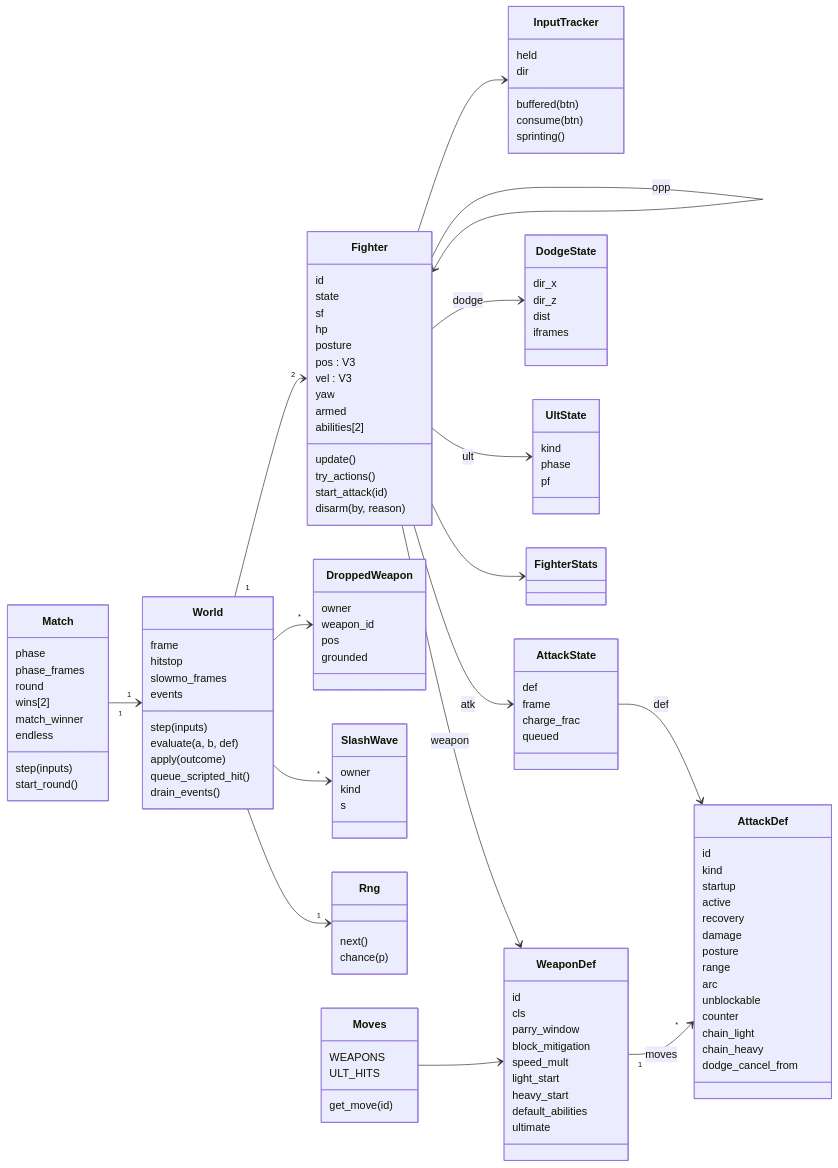
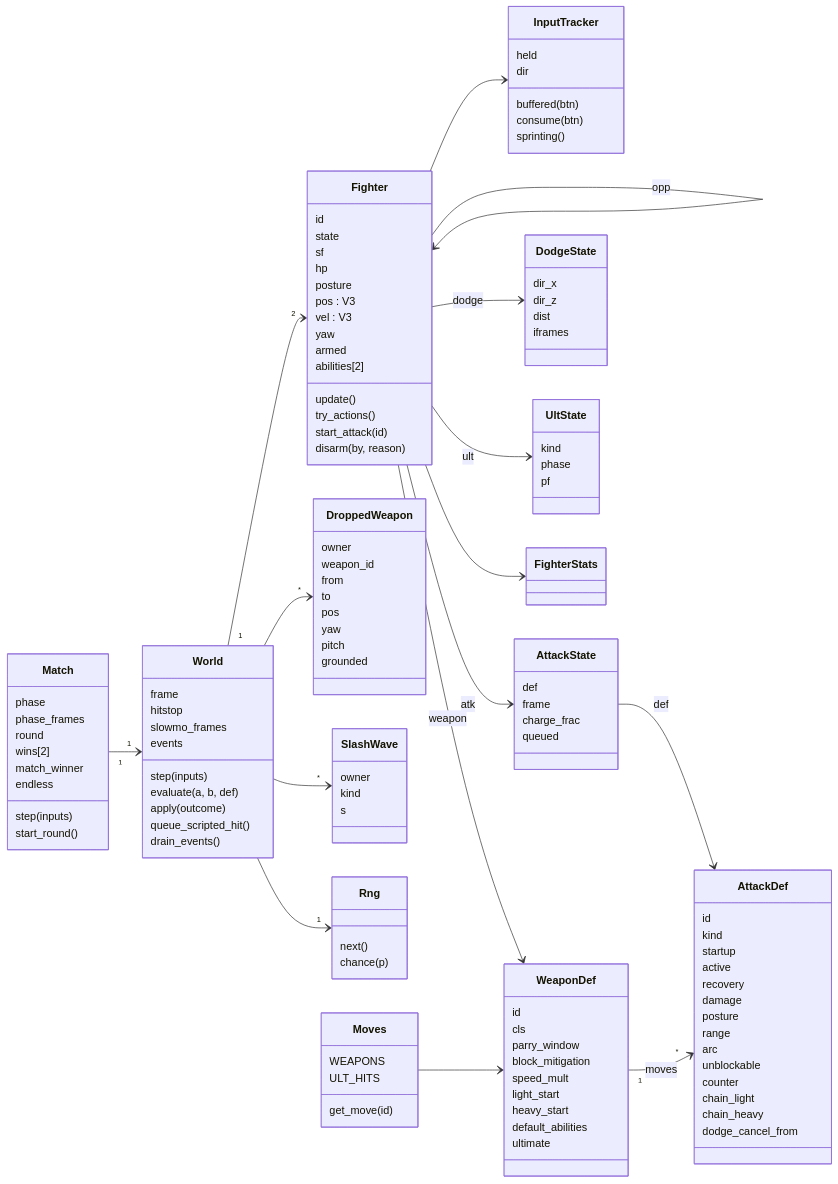
One commit to Arod231/monomachia changed the sixth of 22 diagrams in docs/architecture.md. Above: the diagram before and after it, drawn with Mermaid. The commit also changed other lines of this file and 28 other files, not shown here.

```diff
--- a/docs/architecture.md
+++ b/docs/architecture.md
@@ -371,7 +371,11 @@
     class DroppedWeapon {
         owner
         weapon_id
+        from
+        to
         pos
+        yaw
+        pitch
         grounded
     }
     class SlashWave {
```
